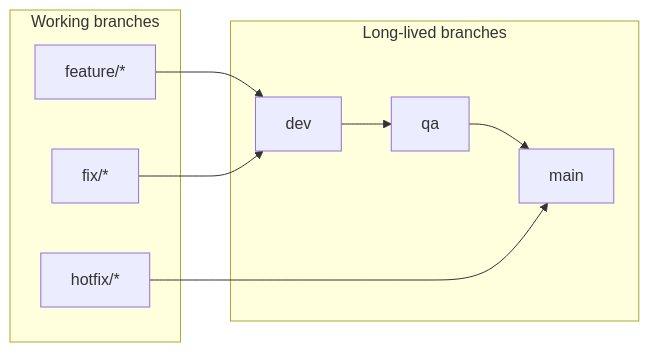
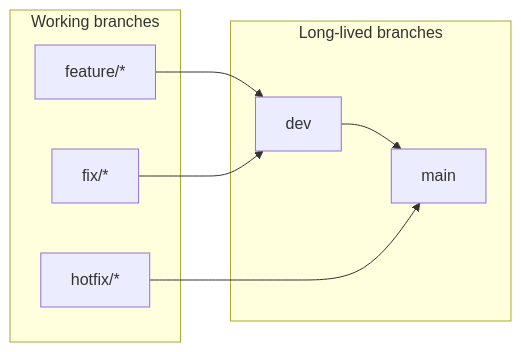
Before and after one commit to nikunjmavani/core-be: the diagram in docs/deployment/ci-cd/branch-protection.md, drawn with Mermaid. The commit also changed other lines of this file and 145 other files, not shown here.

````diff
--- a/docs/deployment/ci-cd/branch-protection.md
+++ b/docs/deployment/ci-cd/branch-protection.md
@@ -13,20 +13,18 @@
 ```mermaid
 flowchart LR
   subgraph work [Working branches]
     featureBranches["feature/*"]
     fixBranches["fix/*"]
     hotfixBranches["hotfix/*"]
   end
 
   subgraph longlived [Long-lived branches]
     devBranch[dev]
-    qaBranch[qa]
     mainBranch[main]
   end
 
   featureBranches --> devBranch
   fixBranches --> devBranch
-  devBranch --> qaBranch
-  qaBranch --> mainBranch
+  devBranch --> mainBranch
   hotfixBranches --> mainBranch
 ```
````
